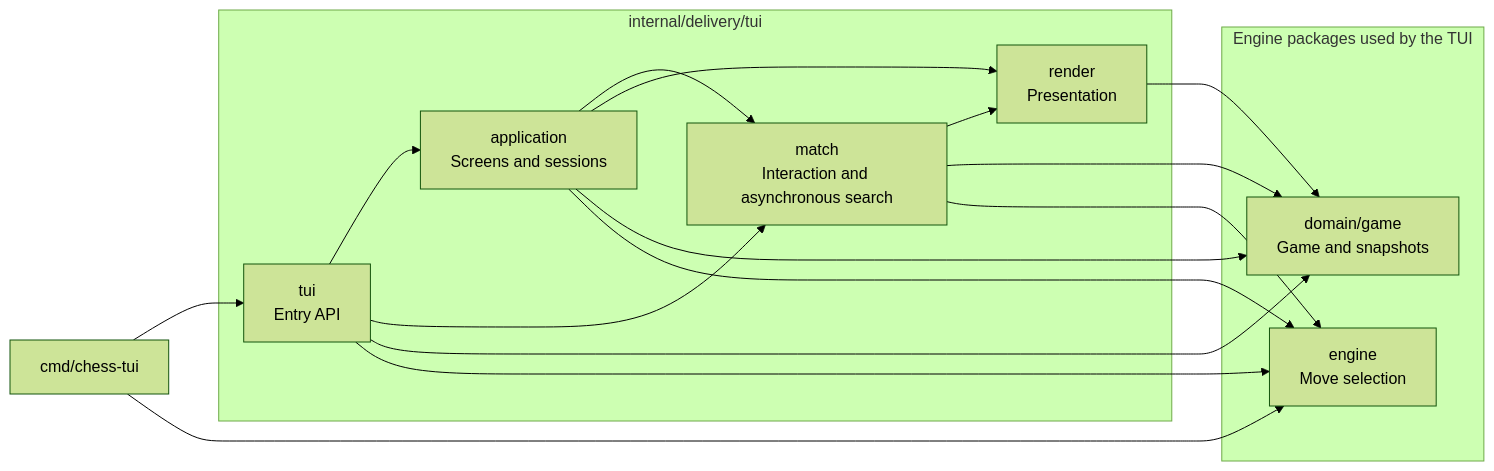
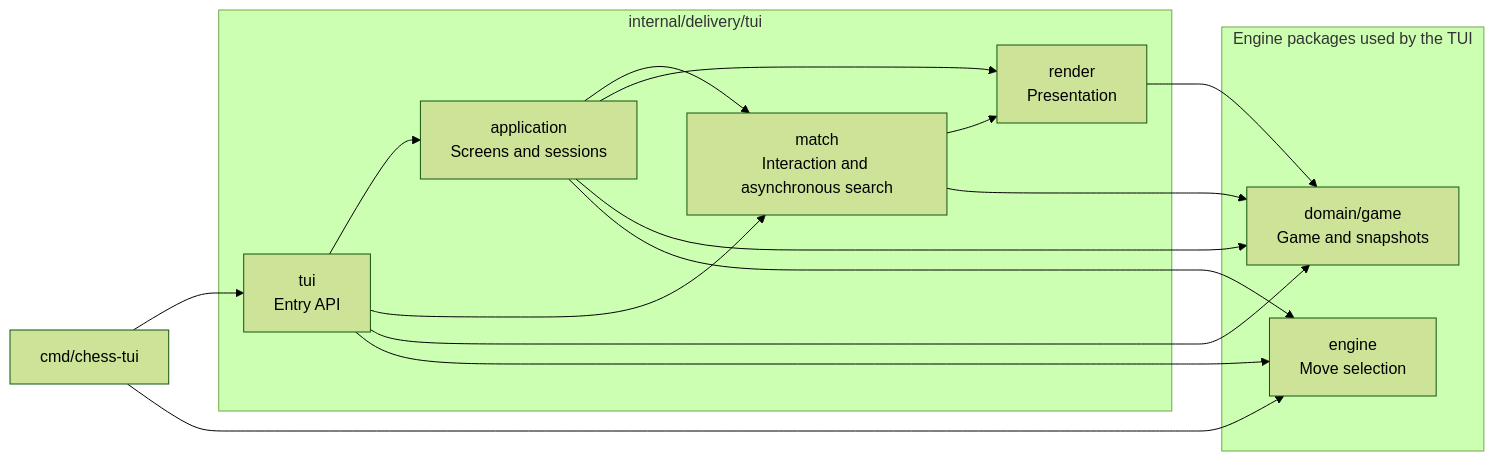
Before and after one commit to gabrzb/chess-go: the first of 2 diagrams in README-EN.md, drawn with Mermaid (forest theme). The commit also changed other lines of this file and 7 other files, not shown here.

````diff
--- a/README-EN.md
+++ b/README-EN.md
@@ -145,31 +145,30 @@
 ```mermaid
 flowchart LR
     cli["cmd/chess-tui"]
 
     subgraph ui["internal/delivery/tui"]
         entry["tui<br/>Entry API"]
         application["application<br/>Screens and sessions"]
         match["match<br/>Interaction and asynchronous search"]
         render["render<br/>Presentation"]
     end
 
     subgraph engine["Engine packages used by the TUI"]
         game["domain/game<br/>Game and snapshots"]
         ai["engine<br/>Move selection"]
     end
 
     cli --> entry
     cli --> ai
     entry --> application
     entry --> match
     entry --> game
     entry --> ai
     application --> match
     application --> render
     application --> game
     application --> ai
     match --> render
     match --> game
-    match --> ai
     render --> game
 ```
````
